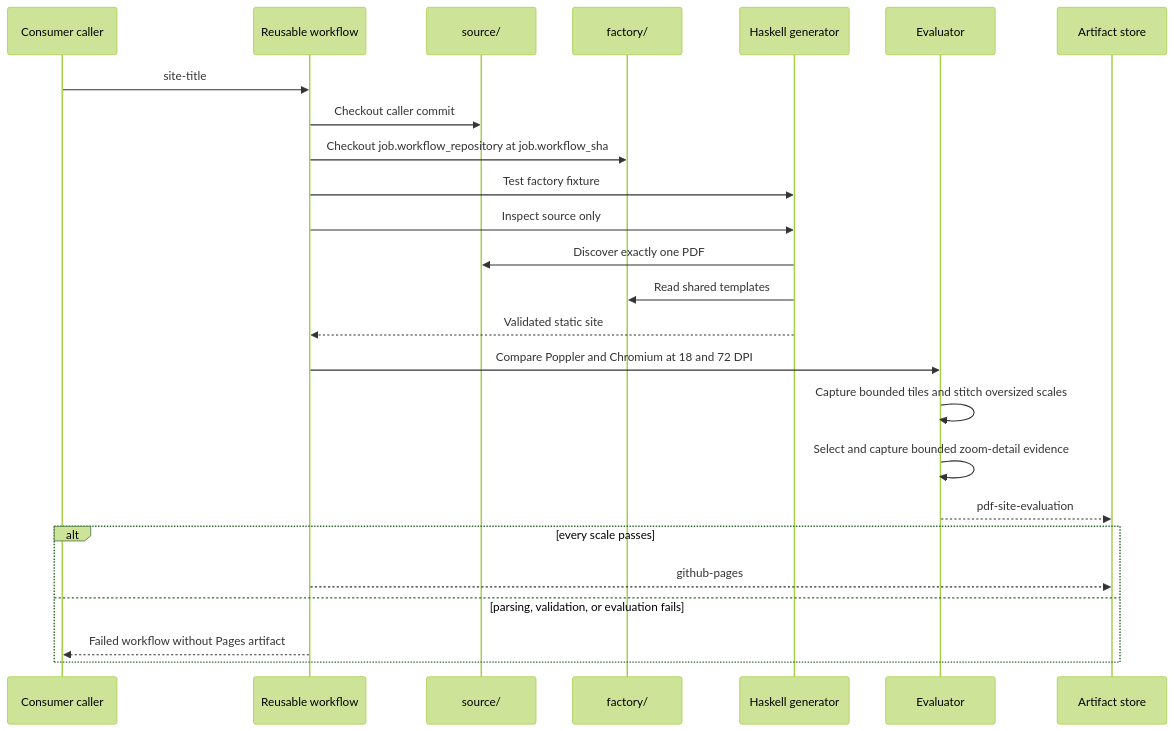
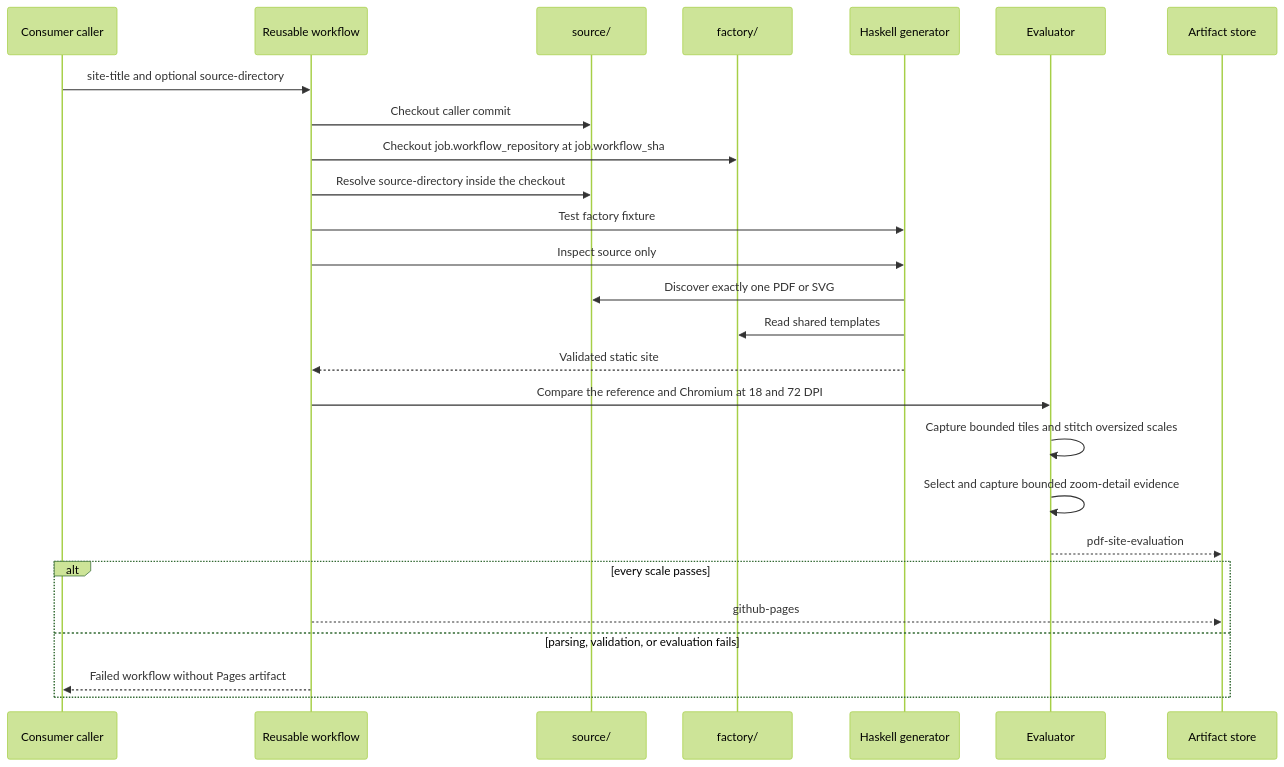
Before and after one commit to bajor/notes-website-factory-workflow: the second of 4 diagrams in docs/architecture.md, drawn with Mermaid (forest theme). The commit also changed other lines of this file and 18 other files, not shown here.

First line of the commit message:
Describe the factory as a PDF and SVG notes site factory

````diff
--- a/docs/architecture.md
+++ b/docs/architecture.md
@@ -44,28 +44,29 @@
 ```mermaid
 sequenceDiagram
   participant C as Consumer caller
   participant W as Reusable workflow
   participant S as source/
   participant F as factory/
   participant G as Haskell generator
   participant E as Evaluator
   participant A as Artifact store
 
-  C->>W: site-title
+  C->>W: site-title and optional source-directory
   W->>S: Checkout caller commit
   W->>F: Checkout job.workflow_repository at job.workflow_sha
+  W->>S: Resolve source-directory inside the checkout
   W->>G: Test factory fixture
   W->>G: Inspect source only
-  G->>S: Discover exactly one PDF
+  G->>S: Discover exactly one PDF or SVG
   G->>F: Read shared templates
   G-->>W: Validated static site
-  W->>E: Compare Poppler and Chromium at 18 and 72 DPI
+  W->>E: Compare the reference and Chromium at 18 and 72 DPI
    E->>E: Capture bounded tiles and stitch oversized scales
    E->>E: Select and capture bounded zoom-detail evidence
   E-->>A: pdf-site-evaluation
   alt every scale passes
     W-->>A: github-pages
   else parsing, validation, or evaluation fails
     W-->>C: Failed workflow without Pages artifact
   end
 ```
````
